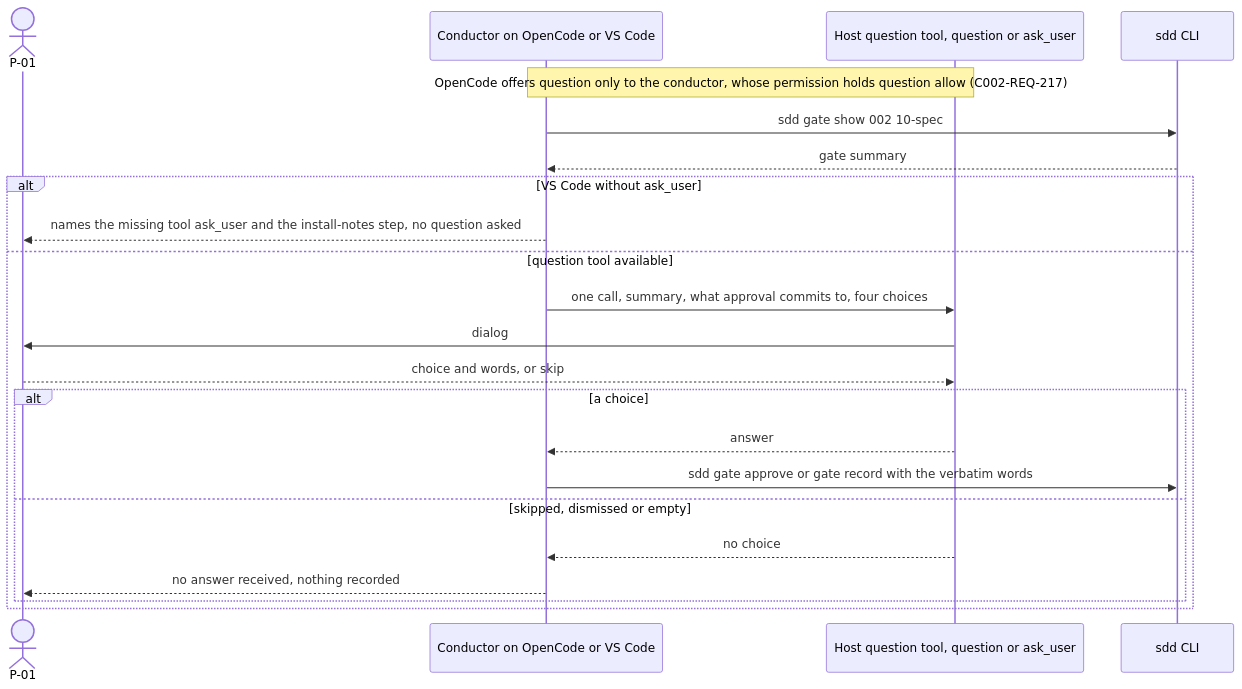
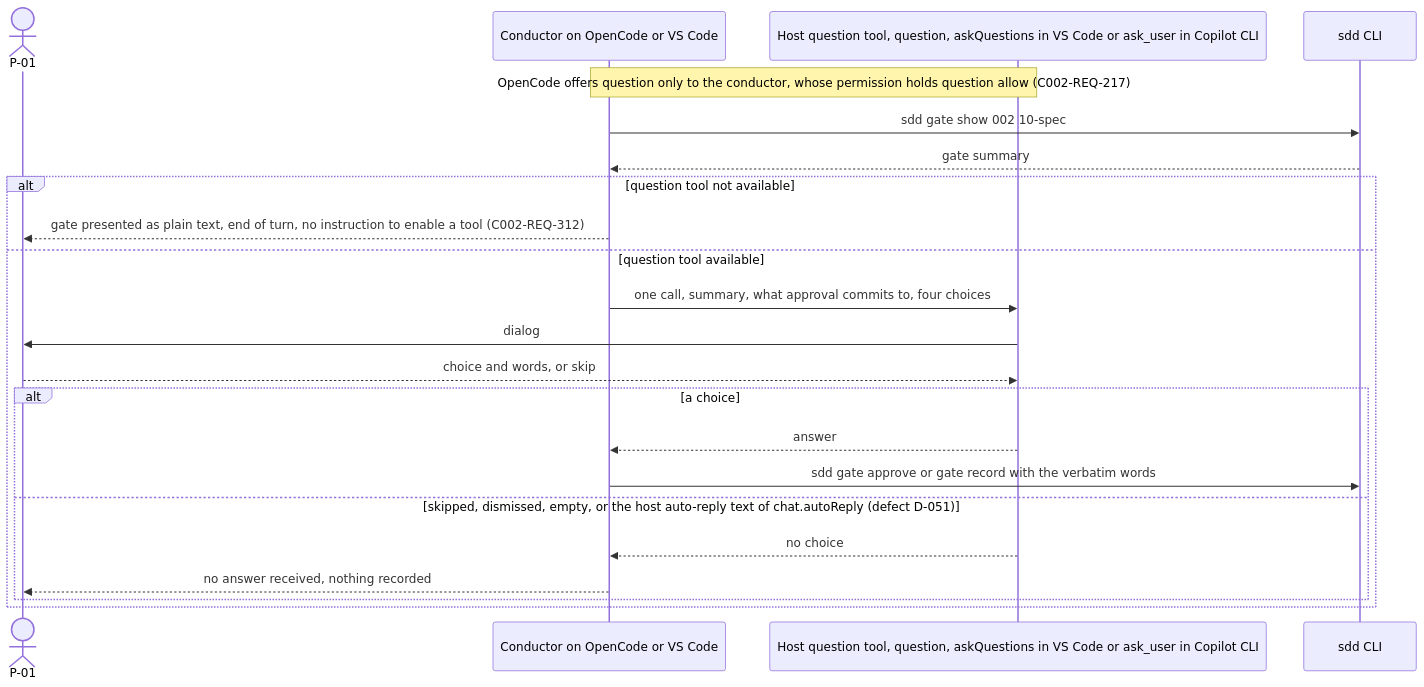
One commit to jlacube/spec-architect changed the eighth of 15 diagrams in .sdd/002-multi-platform-targets/10-spec/60-architecture/architecture.md. Above: the diagram before and after it, drawn with Mermaid. The commit also changed other lines of this file and 55 other files, not shown here.

````diff
--- a/.sdd/002-multi-platform-targets/10-spec/60-architecture/architecture.md
+++ b/.sdd/002-multi-platform-targets/10-spec/60-architecture/architecture.md
@@ -816,25 +855,25 @@
 ```mermaid
 sequenceDiagram
   %% F7 gate on a generated target. Realizes C002-TS-217 C002-TS-218 C002-TS-316 C002-TS-318 C002-TS-319
   actor P01 as P-01
   participant C002_COMP_014 as Conductor on OpenCode or VS Code
-  participant QT as Host question tool, question or ask_user
+  participant QT as Host question tool, question, askQuestions in VS Code or ask_user in Copilot CLI
   participant C002_COMP_018 as sdd CLI
   Note over C002_COMP_014,QT: OpenCode offers question only to the conductor, whose permission holds question allow (C002-REQ-217)
   C002_COMP_014->>C002_COMP_018: sdd gate show 002 10-spec
   C002_COMP_018-->>C002_COMP_014: gate summary
-  alt VS Code without ask_user
-    C002_COMP_014-->>P01: names the missing tool ask_user and the install-notes step, no question asked
+  alt question tool not available
+    C002_COMP_014-->>P01: gate presented as plain text, end of turn, no instruction to enable a tool (C002-REQ-312)
   else question tool available
     C002_COMP_014->>QT: one call, summary, what approval commits to, four choices
     QT->>P01: dialog
     P01-->>QT: choice and words, or skip
     alt a choice
       QT-->>C002_COMP_014: answer
       C002_COMP_014->>C002_COMP_018: sdd gate approve or gate record with the verbatim words
-    else skipped, dismissed or empty
+    else skipped, dismissed, empty, or the host auto-reply text of chat.autoReply (defect D-051)
       QT-->>C002_COMP_014: no choice
       C002_COMP_014-->>P01: no answer received, nothing recorded
     end
   end
 ```
````
